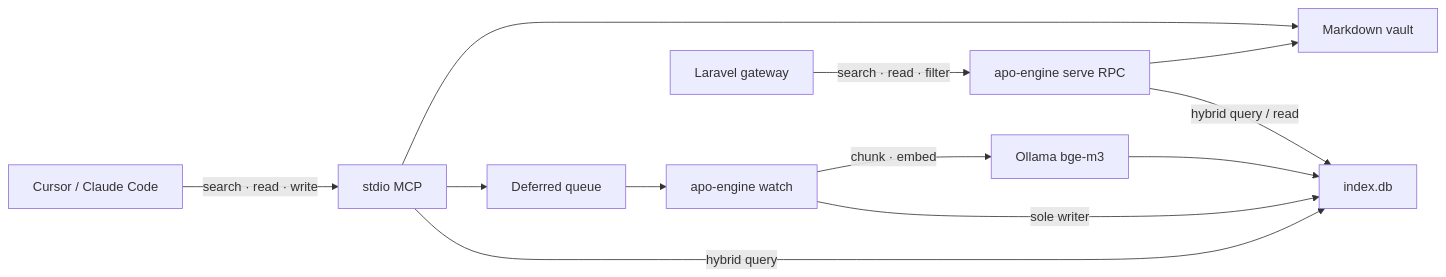
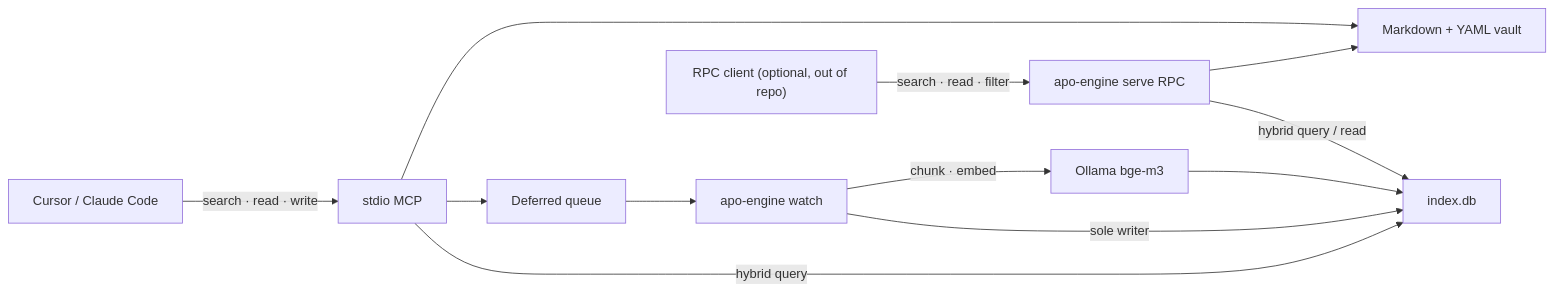
The first of 2 diagrams in README.md (jenorris/apo), drawn with Mermaid before and after one commit. The commit also changed other lines of this file and 40 other files, not shown here.

````diff
--- a/README.md
+++ b/README.md
@@ -84,24 +87,24 @@
 ```mermaid
 flowchart LR
   Agent["Cursor / Claude Code"]
-  Gateway["Laravel gateway"]
+  Gateway["RPC client (optional, out of repo)"]
   MCP["stdio MCP"]
   RPC["apo-engine serve RPC"]
   Queue["Deferred queue"]
   Watch["apo-engine watch"]
   Index["index.db"]
-  Vault["Markdown vault"]
+  Vault["Markdown + YAML vault"]
   Embed["Ollama bge-m3"]
 
   Agent -->|"search · read · write"| MCP
   Gateway -->|"search · read · filter"| RPC
   MCP --> Vault
   MCP --> Queue
   RPC -->|"hybrid query / read"| Index
   RPC --> Vault
   Queue --> Watch
   Watch -->|"chunk · embed"| Embed
   Embed --> Index
   Watch -->|"sole writer"| Index
   MCP -->|"hybrid query"| Index
 ```
````
